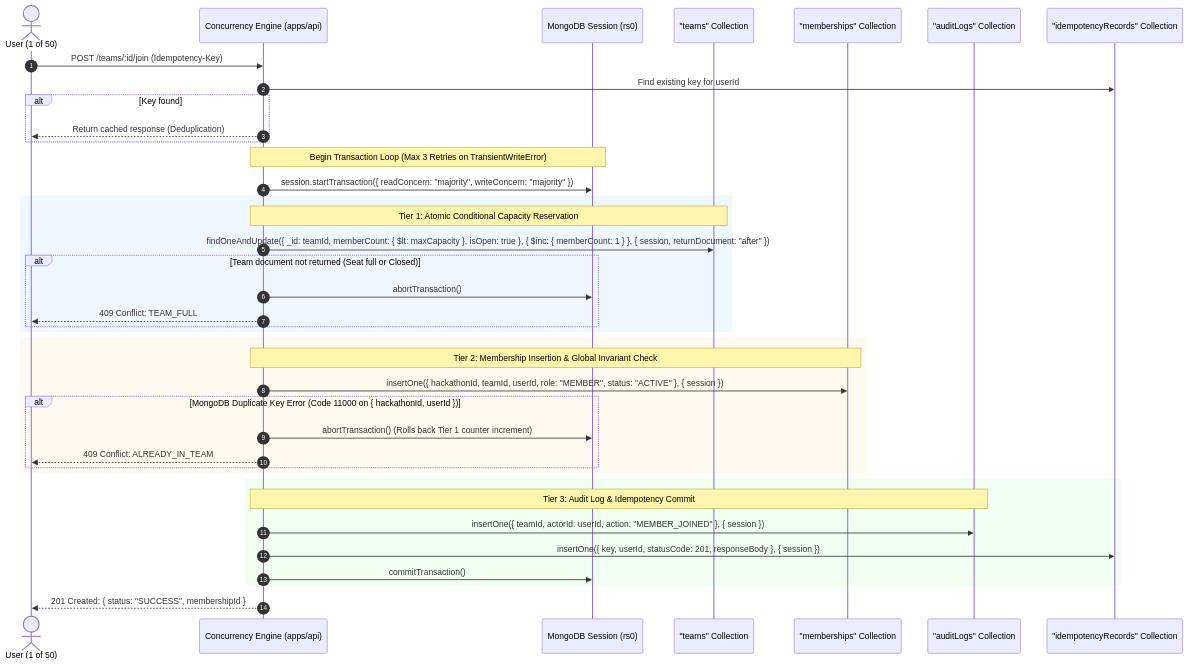
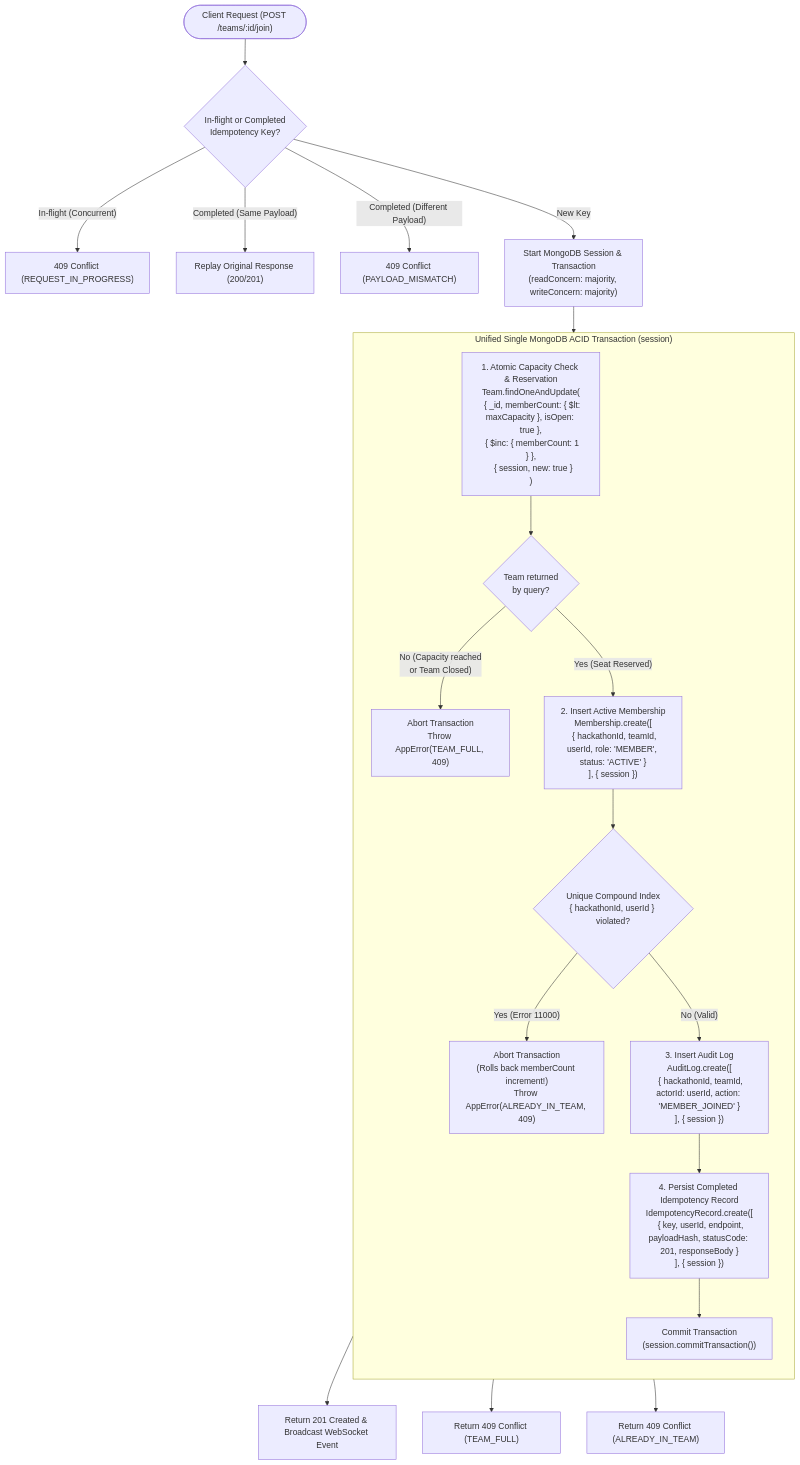
The diagram in docs/concurrency-design.md (m4ulikP/CrewConnect), drawn with Mermaid before and after one commit. The commit also changed other lines of this file and 15 other files, not shown here.

Commit message:
docs(arch): finalize concurrency model, idempotency rules, and approved tech decisions

````diff
--- a/docs/concurrency-design.md
+++ b/docs/concurrency-design.md
@@ -44,47 +29,35 @@
 ```mermaid
-sequenceDiagram
-    autonumber
-    actor User as User (1 of 50)
-    participant Engine as Concurrency Engine (apps/api)
-    participant ClientSession as MongoDB Session (rs0)
-    participant TeamsCol as "teams" Collection
-    participant MembCol as "memberships" Collection
-    participant AuditCol as "auditLogs" Collection
-    participant IdempCol as "idempotencyRecords" Collection
+flowchart TD
+    Start(["Client Request (POST /teams/:id/join)"]) --> IdempCheck{"In-flight or Completed\nIdempotency Key?"}
+    
+    IdempCheck -- "In-flight (Concurrent)" --> RejectInFlight["409 Conflict (REQUEST_IN_PROGRESS)"]
+    IdempCheck -- "Completed (Same Payload)" --> ReplaySuccess["Replay Original Response (200/201)"]
+    IdempCheck -- "Completed (Different Payload)" --> RejectPayloadMismatch["409 Conflict (PAYLOAD_MISMATCH)"]
+    IdempCheck -- "New Key" --> StartTxn["Start MongoDB Session & Transaction\n(readConcern: majority, writeConcern: majority)"]
 
-    User->>Engine: POST /teams/:id/join (Idempotency-Key)
-    Engine->>IdempCol: Find existing key for userId
-    alt Key found
-        Engine-->>User: Return cached response (Deduplication)
+    subgraph Txn["Unified Single MongoDB ACID Transaction (session)"]
+        direction TB
+        Op1["1. Atomic Capacity Check & Reservation\nTeam.findOneAndUpdate(\n  { _id, memberCount: { $lt: maxCapacity }, isOpen: true },\n  { $inc: { memberCount: 1 } },\n  { session, new: true }\n)"]
+        
+        CheckOp1{"Team returned\nby query?"}
+        Op1 --> CheckOp1
+
+        CheckOp1 -- "No (Capacity reached\nor Team Closed)" --> AbortFull["Abort Transaction\nThrow AppError(TEAM_FULL, 409)"]
+        CheckOp1 -- "Yes (Seat Reserved)" --> Op2["2. Insert Active Membership\nMembership.create([\n  { hackathonId, teamId, userId, role: 'MEMBER', status: 'ACTIVE' }\n], { session })"]
+        
+        CheckOp2{"Unique Compound Index\n{ hackathonId, userId } violated?"}
+        Op2 --> CheckOp2
+
+        CheckOp2 -- "Yes (Error 11000)" --> AbortAlreadyInTeam["Abort Transaction\n(Rolls back memberCount increment!)\nThrow AppError(ALREADY_IN_TEAM, 409)"]
+        CheckOp2 -- "No (Valid)" --> Op3["3. Insert Audit Log\nAuditLog.create([\n  { hackathonId, teamId, actorId: userId, action: 'MEMBER_JOINED' }\n], { session })"]
+
+        Op3 --> Op4["4. Persist Completed Idempotency Record\nIdempotencyRecord.create([\n  { key, userId, endpoint, payloadHash, statusCode: 201, responseBody }\n], { session })"]
+
+        Op4 --> CommitTxn["Commit Transaction\n(session.commitTransaction())"]
     end
 
-    Note over Engine,ClientSession: Begin Transaction Loop (Max 3 Retries on TransientWriteError)
-    Engine->>ClientSession: session.startTransaction({ readConcern: "majority", writeConcern: "majority" })
-
-    rect rgb(240, 248, 255)
-    Note over Engine,TeamsCol: Tier 1: Atomic Conditional Capacity Reservation
-    Engine->>TeamsCol: findOneAndUpdate({ _id: teamId, memberCount: { $lt: maxCapacity }, isOpen: true }, { $inc: { memberCount: 1 } }, { session, returnDocument: "after" })
-    alt Team document not returned (Seat full or Closed)
-        Engine->>ClientSession: abortTransaction()
-        Engine-->>User: 409 Conflict: TEAM_FULL
-    end
-    end
-
-    rect rgb(255, 250, 240)
-    Note over Engine,MembCol: Tier 2: Membership Insertion & Global Invariant Check
-    Engine->>MembCol: insertOne({ hackathonId, teamId, userId, role: "MEMBER", status: "ACTIVE" }, { session })
-    alt MongoDB Duplicate Key Error (Code 11000 on { hackathonId, userId })
-        Engine->>ClientSession: abortTransaction() (Rolls back Tier 1 counter increment)
-        Engine-->>User: 409 Conflict: ALREADY_IN_TEAM
-    end
-    end
-
-    rect rgb(240, 255, 240)
-    Note over Engine,AuditCol: Tier 3: Audit Log & Idempotency Commit
-    Engine->>AuditCol: insertOne({ teamId, actorId: userId, action: "MEMBER_JOINED" }, { session })
-    Engine->>IdempCol: insertOne({ key, userId, statusCode: 201, responseBody }, { session })
-    Engine->>ClientSession: commitTransaction()
-    end
-
-    Engine-->>User: 201 Created: { status: "SUCCESS", membershipId }
+    StartTxn --> Op1
+    CommitTxn --> Success["Return 201 Created & Broadcast WebSocket Event"]
+    AbortFull --> CleanFail["Return 409 Conflict (TEAM_FULL)"]
+    AbortAlreadyInTeam --> CleanFail2["Return 409 Conflict (ALREADY_IN_TEAM)"]
 ```
````
